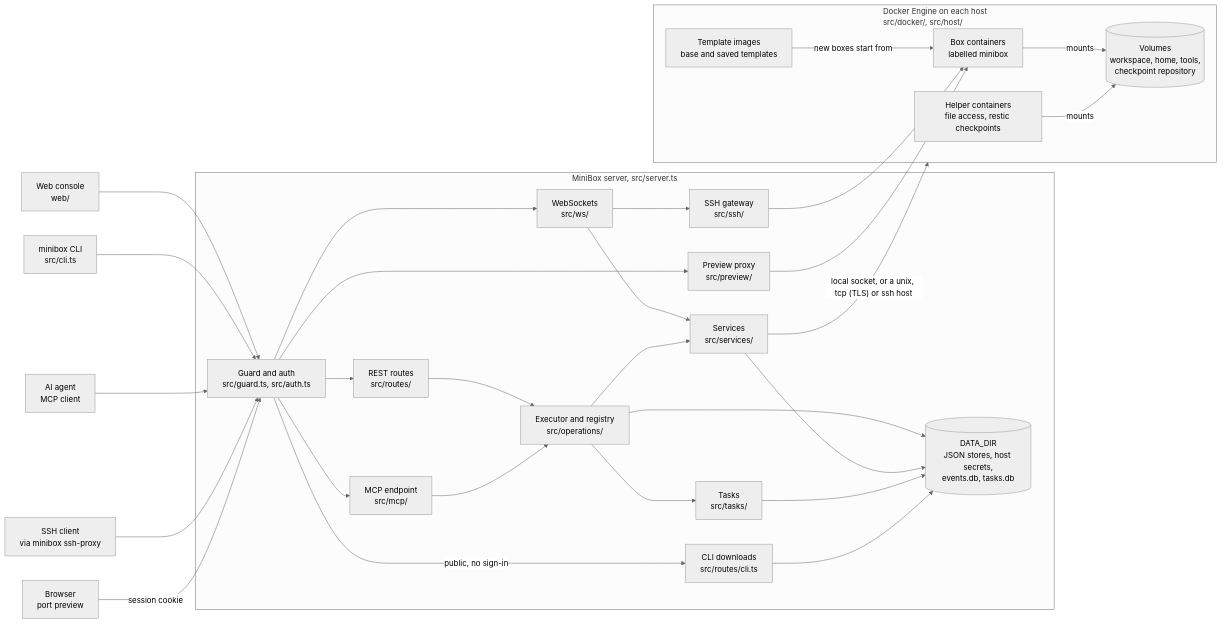
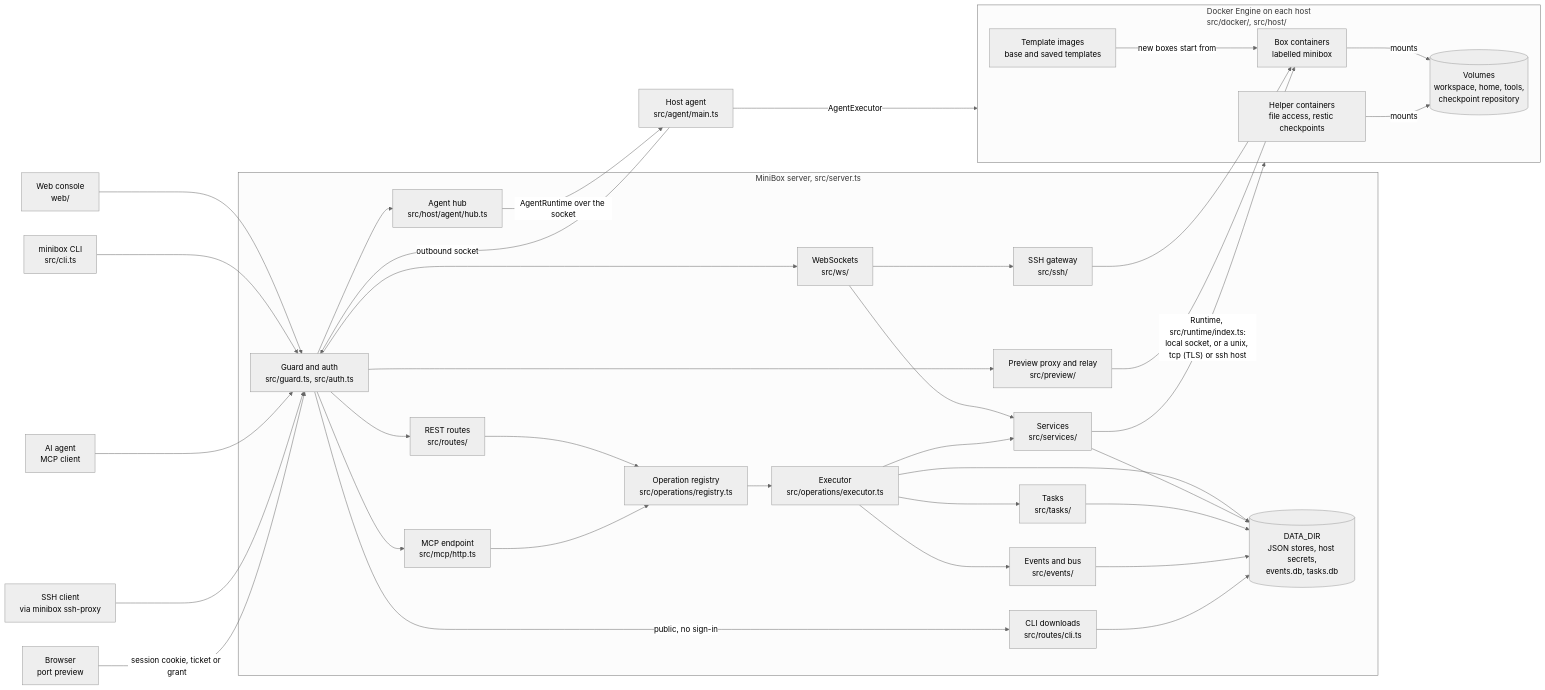
One commit to ArnoChenFx/minibox changed the diagram in docs/architecture.md. Above: the diagram before and after it, drawn with Mermaid (neutral theme). The commit also changed other lines of this file, not shown here.

````diff
--- a/docs/architecture.md
+++ b/docs/architecture.md
@@ -5,56 +5,67 @@
 ```mermaid
 flowchart LR
   console["Web console<br/>web/"]
   cli["minibox CLI<br/>src/cli.ts"]
   agent["AI agent<br/>MCP client"]
   sshclient["SSH client<br/>via minibox ssh-proxy"]
   viewer["Browser<br/>port preview"]
+  boxagent["Host agent<br/>src/agent/main.ts"]
 
   subgraph server["MiniBox server, src/server.ts"]
     guard["Guard and auth<br/>src/guard.ts, src/auth.ts"]
     routes["REST routes<br/>src/routes/"]
-    mcp["MCP endpoint<br/>src/mcp/"]
+    mcp["MCP endpoint<br/>src/mcp/http.ts"]
     ws["WebSockets<br/>src/ws/"]
     downloads["CLI downloads<br/>src/routes/cli.ts"]
-    executor["Executor and registry<br/>src/operations/"]
+    registry["Operation registry<br/>src/operations/registry.ts"]
+    executor["Executor<br/>src/operations/executor.ts"]
     services["Services<br/>src/services/"]
     tasks["Tasks<br/>src/tasks/"]
+    events["Events and bus<br/>src/events/"]
     sshgw["SSH gateway<br/>src/ssh/"]
-    preview["Preview proxy<br/>src/preview/"]
+    preview["Preview proxy and relay<br/>src/preview/"]
+    hub["Agent hub<br/>src/host/agent/hub.ts"]
     data[("DATA_DIR<br/>JSON stores, host secrets,<br/>events.db, tasks.db")]
   end
 
   subgraph engines["Docker Engine on each host<br/>src/docker/, src/host/"]
     boxes["Box containers<br/>labelled minibox"]
     helpers["Helper containers<br/>file access, restic checkpoints"]
     volumes[("Volumes<br/>workspace, home, tools,<br/>checkpoint repository")]
     images["Template images<br/>base and saved templates"]
   end
 
   console --> guard
   cli --> guard
   agent --> guard
   sshclient --> guard
-  viewer -->|"session cookie"| guard
+  viewer -->|"session cookie, ticket or grant"| guard
+  boxagent -->|"outbound socket"| guard
   guard --> routes
   guard --> mcp
   guard --> ws
   guard -->|"public, no sign-in"| downloads
   guard --> preview
-  routes --> executor
-  mcp --> executor
+  guard --> hub
+  routes --> registry
+  mcp --> registry
+  registry --> executor
   ws --> services
   ws --> sshgw
   executor --> services
   executor --> tasks
+  executor --> events
   executor --> data
   services --> data
   tasks --> data
+  events --> data
   downloads --> data
-  services -->|"local socket, or a unix, tcp (TLS) or ssh host"| engines
+  services -->|"Runtime, src/runtime/index.ts:<br/>local socket, or a unix, tcp (TLS) or ssh host"| engines
+  hub -->|"AgentRuntime over the socket"| boxagent
+  boxagent -->|"AgentExecutor"| engines
   sshgw --> boxes
   preview --> boxes
   images -->|"new boxes start from"| boxes
-  boxes -->|mounts| volumes
-  helpers -->|mounts| volumes
+  boxes -->|"mounts"| volumes
+  helpers -->|"mounts"| volumes
 ```
````
